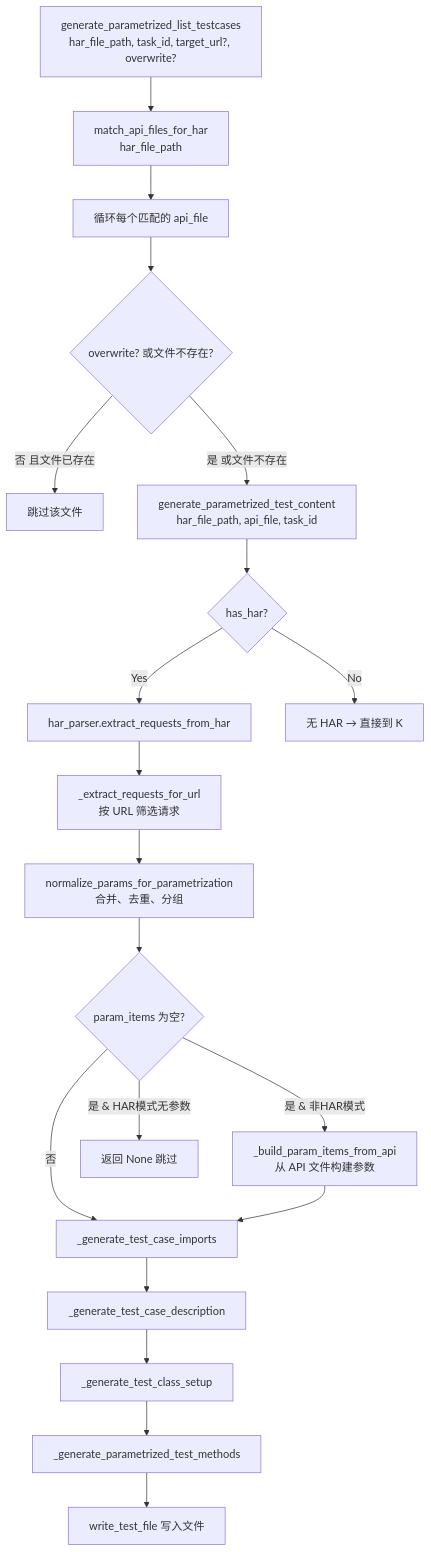
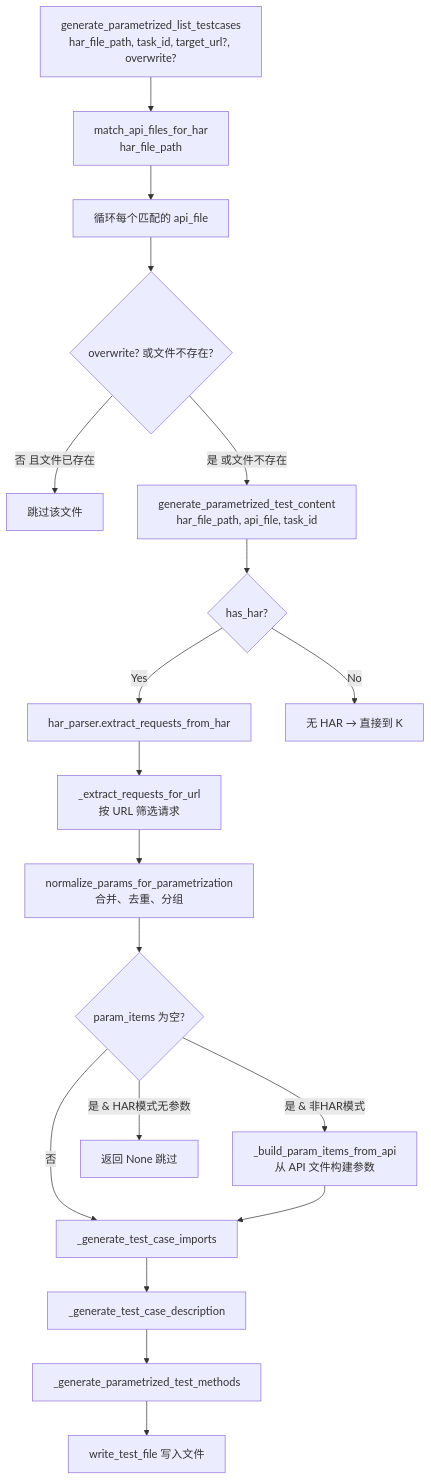
The first of 3 diagrams in docs/testcase_generation_modes.md (hewei198711/har2pytest), drawn with Mermaid before and after one commit. The commit also changed other lines of this file and 4 other files, not shown here.

````diff
--- a/docs/testcase_generation_modes.md
+++ b/docs/testcase_generation_modes.md
@@ -23,22 +23,21 @@
 ```mermaid
 flowchart TD
     A[generate_parametrized_list_testcases<br/>har_file_path, task_id, target_url?, overwrite?] --> B[match_api_files_for_har<br/>har_file_path]
     B --> C[循环每个匹配的 api_file]
     C --> D{overwrite? 或文件不存在?}
     D -->|否 且文件已存在| E[跳过该文件]
     D -->|是 或文件不存在| F[generate_parametrized_test_content<br/>har_file_path, api_file, task_id]
     F --> G{has_har?}
     G -->|Yes| H[har_parser.extract_requests_from_har]
     H --> I[_extract_requests_for_url<br/>按 URL 筛选请求]
     I --> J[normalize_params_for_parametrization<br/>合并、去重、分组]
     J --> K{param_items 为空?}
     G -->|No| L[无 HAR → 直接到 K]
     K -->|是 & 非HAR模式| M[_build_param_items_from_api<br/>从 API 文件构建参数]
     K -->|是 & HAR模式无参数| N[返回 None 跳过]
     K -->|否| O[_generate_test_case_imports]
     M --> O
     O --> P[_generate_test_case_description]
-    P --> Q[_generate_test_class_setup]
-    Q --> R[_generate_parametrized_test_methods]
+    P --> R[_generate_parametrized_test_methods]
     R --> S[write_test_file 写入文件]
 ```
````
